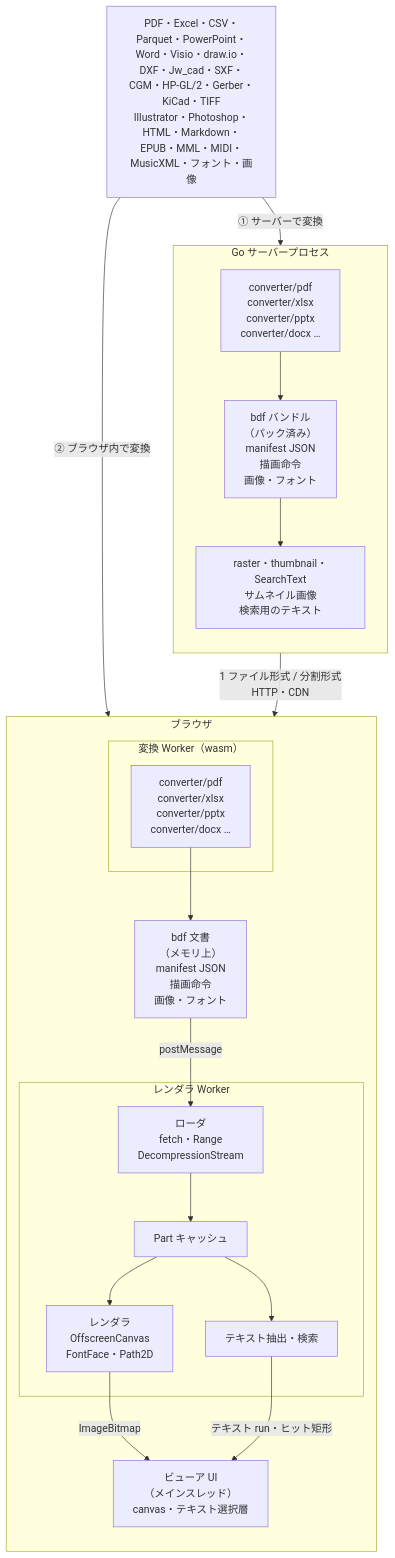
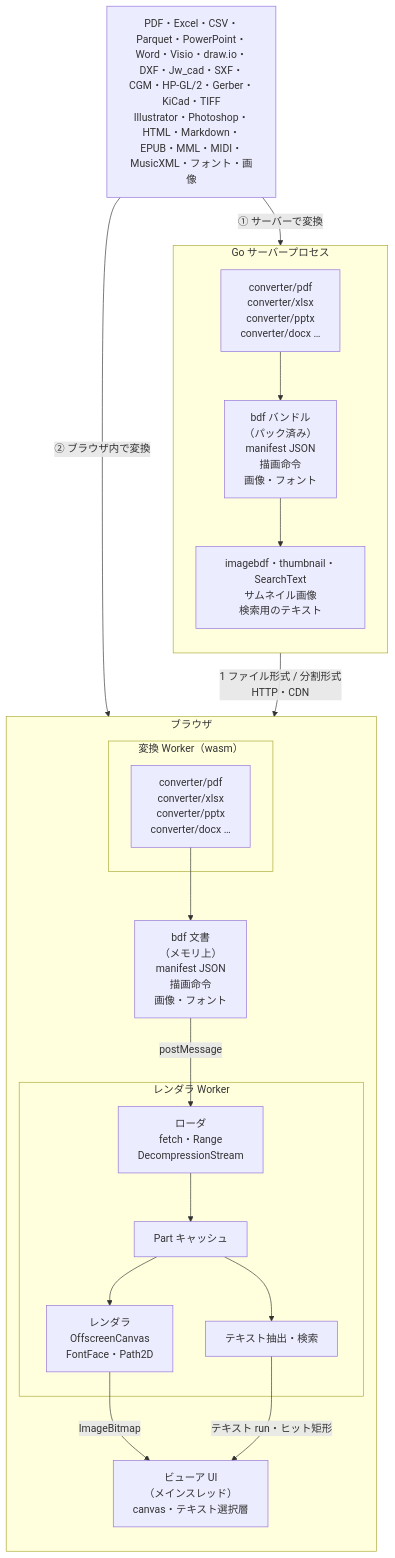
One commit to shibukawa/bdf changed the diagram in docs/architecture/index.ja.md. Above: the diagram before and after it, drawn with Mermaid. The commit also changed other lines of this file and 134 other files, not shown here.

````diff
--- a/docs/architecture/index.ja.md
+++ b/docs/architecture/index.ja.md
@@ -5,39 +5,39 @@
 ```mermaid
 flowchart TB
     SRC["PDF・Excel・CSV・Parquet・PowerPoint・Word・Visio・draw.io・DXF・Jw_cad・SXF・CGM・HP-GL/2・Gerber・KiCad・TIFF<br/>Illustrator・Photoshop・HTML・Markdown・EPUB・MML・MIDI・MusicXML・フォント・画像"]
 
     subgraph SERVER["Go サーバープロセス"]
         direction TB
         SCONV["converter/pdf<br/>converter/xlsx<br/>converter/pptx<br/>converter/docx …"]
         BUNDLE["bdf バンドル<br/>（パック済み）<br/>manifest JSON<br/>描画命令<br/>画像・フォント"]
-        PREVIEW["raster・thumbnail・SearchText<br/>サムネイル画像<br/>検索用のテキスト"]
+        PREVIEW["imagebdf・thumbnail・SearchText<br/>サムネイル画像<br/>検索用のテキスト"]
         SCONV --> BUNDLE
         BUNDLE --> PREVIEW
     end
 
     subgraph BROWSER["ブラウザ"]
         direction TB
         subgraph CWORKER["変換 Worker（wasm）"]
             WCONV["converter/pdf<br/>converter/xlsx<br/>converter/pptx<br/>converter/docx …"]
         end
         PARTS["bdf 文書<br/>（メモリ上）<br/>manifest JSON<br/>描画命令<br/>画像・フォント"]
         subgraph RWORKER["レンダラ Worker"]
             LOADER["ローダ<br/>fetch・Range<br/>DecompressionStream"]
             STORE["Part キャッシュ"]
             RENDER["レンダラ<br/>OffscreenCanvas<br/>FontFace・Path2D"]
             TEXT["テキスト抽出・検索"]
             LOADER --> STORE
             STORE --> RENDER
             STORE --> TEXT
         end
         UI["ビューア UI<br/>（メインスレッド）<br/>canvas・テキスト選択層"]
         WCONV --> PARTS
     end
 
     SRC -- "① サーバーで変換" --> SCONV
     SRC -- "② ブラウザ内で変換" --> WCONV
     BUNDLE -- "1 ファイル形式 / 分割形式<br/>HTTP・CDN" --> LOADER
     PARTS -- "postMessage" --> LOADER
     RENDER -- "ImageBitmap" --> UI
     TEXT -- "テキスト run・ヒット矩形" --> UI
 ```
````
